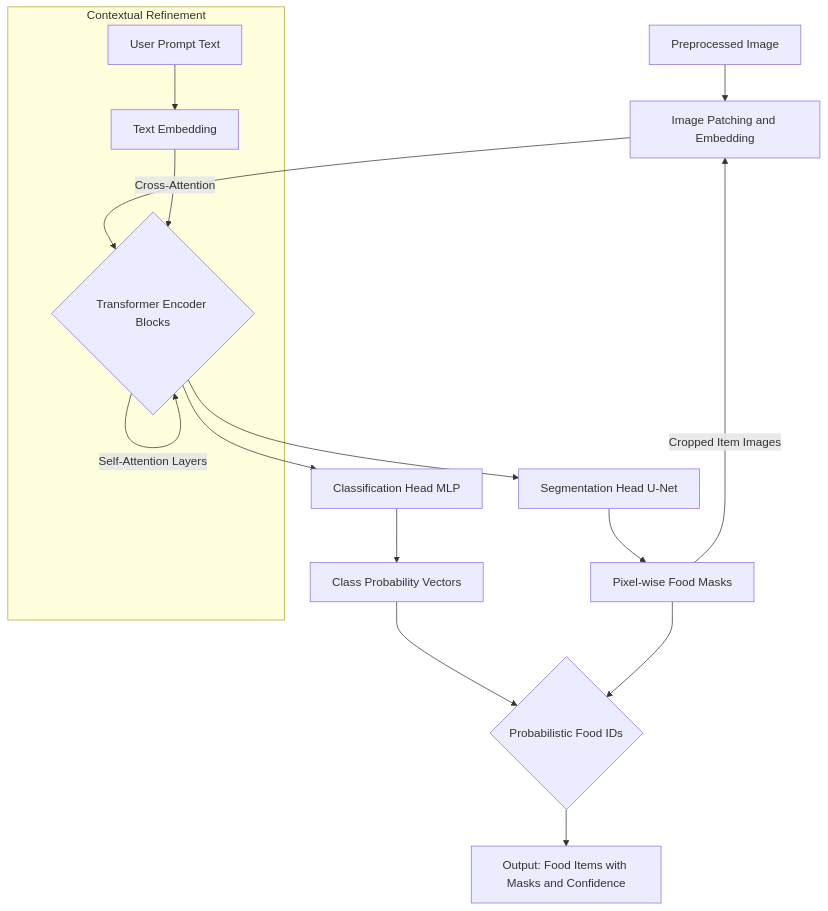
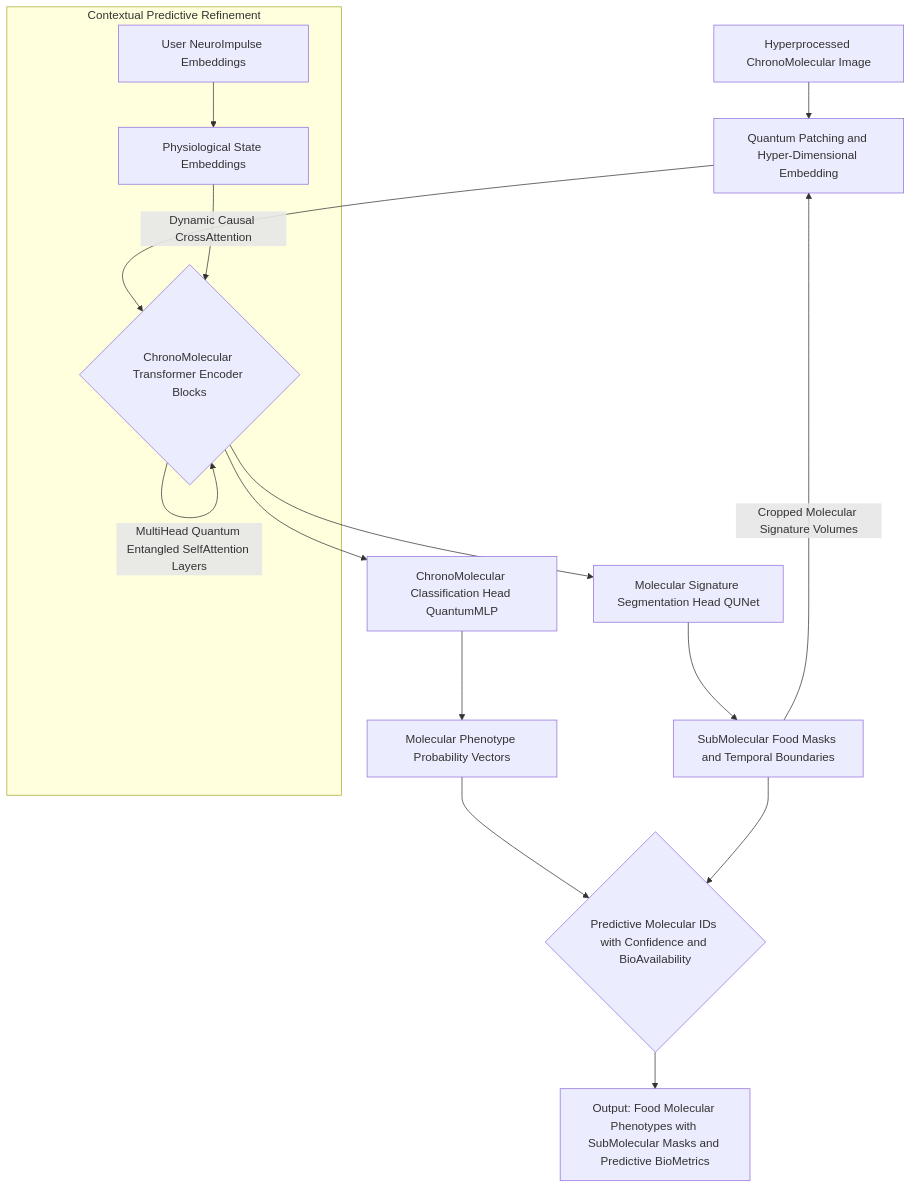
The fourth of 9 diagrams in inventions/109_ai_nutritionist_from_food_photos.md (diplomat-bit/Citibank_Demo_Business_Inc_Demonstration-), drawn with Mermaid before and after one commit. The commit also changed other lines of this file, not shown here.

````diff
--- a/inventions/109_ai_nutritionist_from_food_photos.md
+++ b/inventions/109_ai_nutritionist_from_food_photos.md
@@ -135,18 +150,18 @@
 ```mermaid
 graph TD
-    A[Preprocessed Image] --> B[Image Patching and Embedding]
-    B --> C{Transformer Encoder Blocks}
-    C -- Self-Attention Layers --> C
-    C --> D[Segmentation Head U-Net]
-    D --> E[Pixel-wise Food Masks]
-    C --> F[Classification Head MLP]
-    F --> G[Class Probability Vectors]
-    E -- Cropped Item Images --> B
-    subgraph Contextual Refinement
-        H[User Prompt Text] --> I[Text Embedding]
-        I -- Cross-Attention --> C
+    A[Hyperprocessed ChronoMolecular Image] --> B[Quantum Patching and Hyper-Dimensional Embedding]
+    B --> C{ChronoMolecular Transformer Encoder Blocks}
+    C -- MultiHead Quantum Entangled SelfAttention Layers --> C
+    C --> D[Molecular Signature Segmentation Head QUNet]
+    D --> E[SubMolecular Food Masks and Temporal Boundaries]
+    C --> F[ChronoMolecular Classification Head QuantumMLP]
+    F --> G[Molecular Phenotype Probability Vectors]
+    E -- Cropped Molecular Signature Volumes --> B
+    subgraph Contextual Predictive Refinement
+        H[User NeuroImpulse Embeddings] --> I[Physiological State Embeddings]
+        I -- Dynamic Causal CrossAttention --> C
     end
-    G --> J{Probabilistic Food IDs}
+    G --> J{Predictive Molecular IDs with Confidence and BioAvailability}
     E --> J
-    J --> K[Output: Food Items with Masks and Confidence]
+    J --> K[Output: Food Molecular Phenotypes with SubMolecular Masks and Predictive BioMetrics]
 ```
````
